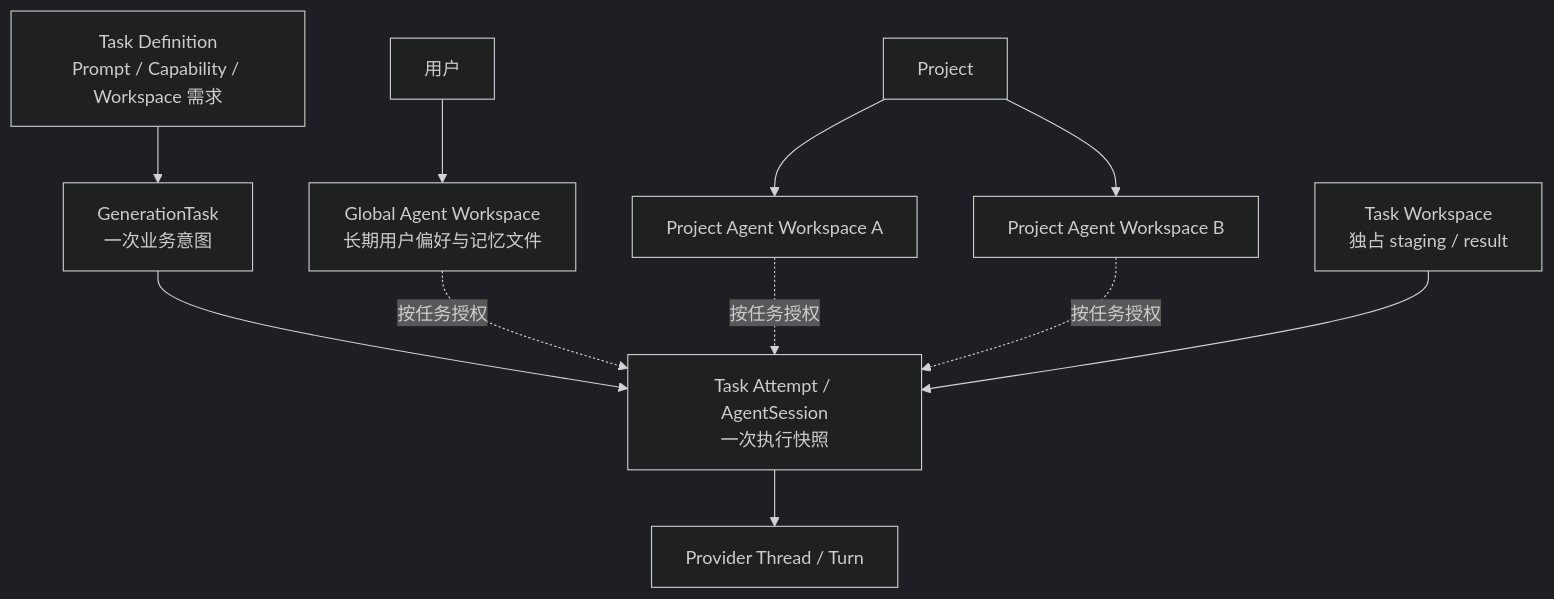
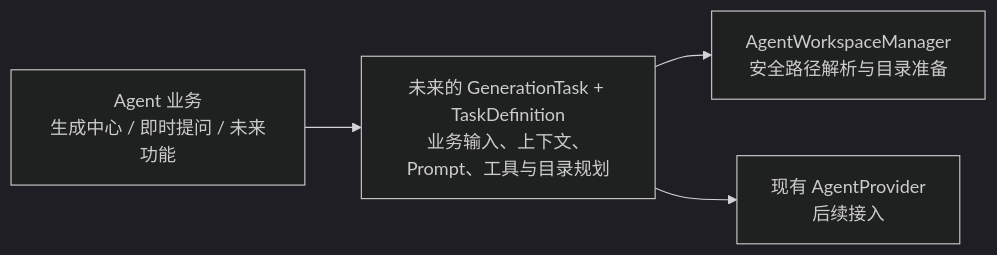
One commit to wu-tian807/learning-companion changed the diagram in docs/superpowers/specs/2026-08-03-agent-workspace-management-design.md. Above: the diagram before and after it, drawn with Mermaid (dark theme). The commit also changed other lines of this file and 1 other file, not shown here.

Commit message:
文档：收缩 Agent Workspace Manager 边界

````diff
--- a/docs/superpowers/specs/2026-08-03-agent-workspace-management-design.md
+++ b/docs/superpowers/specs/2026-08-03-agent-workspace-management-design.md
@@ -67,24 +42,11 @@
 ```mermaid
-flowchart TD
-    USER["用户"]
-    GLOBAL["Global Agent Workspace<br/>长期用户偏好与记忆文件"]
-    PROJECT["Project"]
-    PROJECT_WS_A["Project Agent Workspace A"]
-    PROJECT_WS_B["Project Agent Workspace B"]
-    TASK_DEF["Task Definition<br/>Prompt / Capability / Workspace 需求"]
-    TASK["GenerationTask<br/>一次业务意图"]
-    ATTEMPT["Task Attempt / AgentSession<br/>一次执行快照"]
-    TASK_WS["Task Workspace<br/>独占 staging / result"]
-    PROVIDER["Provider Thread / Turn"]
+flowchart LR
+    FEATURE["Agent 业务<br/>生成中心 / 即时提问 / 未来功能"]
+    TASK["未来的 GenerationTask + TaskDefinition<br/>业务输入、上下文、Prompt、工具与目录规划"]
+    MANAGER["AgentWorkspaceManager<br/>安全路径解析与目录准备"]
+    PROVIDER["现有 AgentProvider<br/>后续接入"]
 
-    USER --> GLOBAL
-    PROJECT --> PROJECT_WS_A
-    PROJECT --> PROJECT_WS_B
-    TASK_DEF --> TASK
-    TASK --> ATTEMPT
-    GLOBAL -. "按任务授权" .-> ATTEMPT
-    PROJECT_WS_A -. "按任务授权" .-> ATTEMPT
-    PROJECT_WS_B -. "按任务授权" .-> ATTEMPT
-    TASK_WS --> ATTEMPT
-    ATTEMPT --> PROVIDER
+    FEATURE --> TASK
+    TASK --> MANAGER
+    TASK --> PROVIDER
 ```
````
